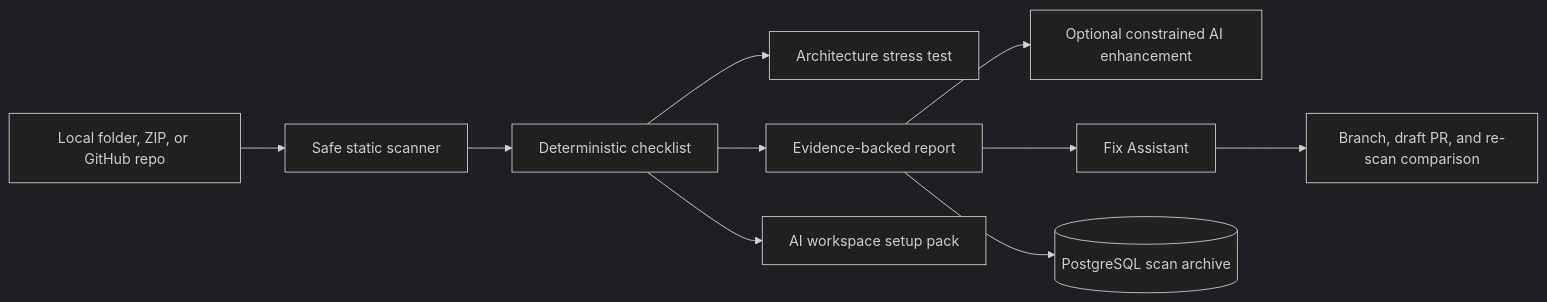
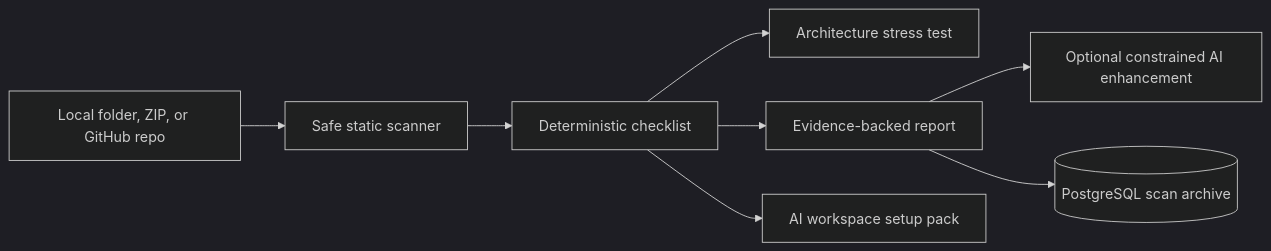
One commit to Abhinav-0311/Vibe changed the diagram in docs/PORTFOLIO_CASE_STUDY.md. Above: the diagram before and after it, drawn with Mermaid (dark theme). The commit also changed other lines of this file and 13 other files, not shown here.

````diff
--- a/docs/PORTFOLIO_CASE_STUDY.md
+++ b/docs/PORTFOLIO_CASE_STUDY.md
@@ -21,12 +21,10 @@
 ```mermaid
 flowchart LR
     A[Local folder, ZIP, or GitHub repo] --> B[Safe static scanner]
     B --> C[Deterministic checklist]
     C --> D[Architecture stress test]
     C --> E[Evidence-backed report]
     E --> F[Optional constrained AI enhancement]
     C --> G[AI workspace setup pack]
-    E --> H[Fix Assistant]
-    H --> I[Branch, draft PR, and re-scan comparison]
-    E --> J[(PostgreSQL scan archive)]
+    E --> H[(PostgreSQL scan archive)]
 ```
````
